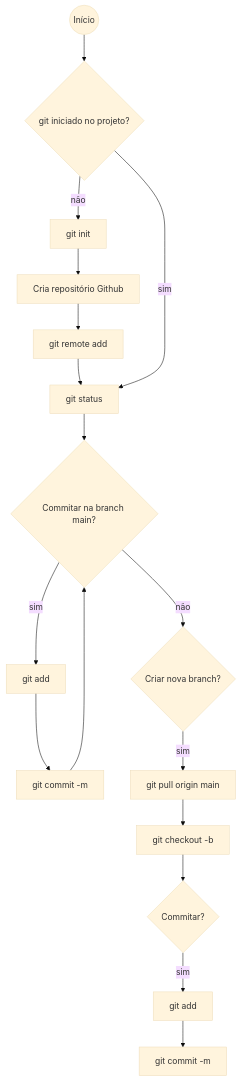
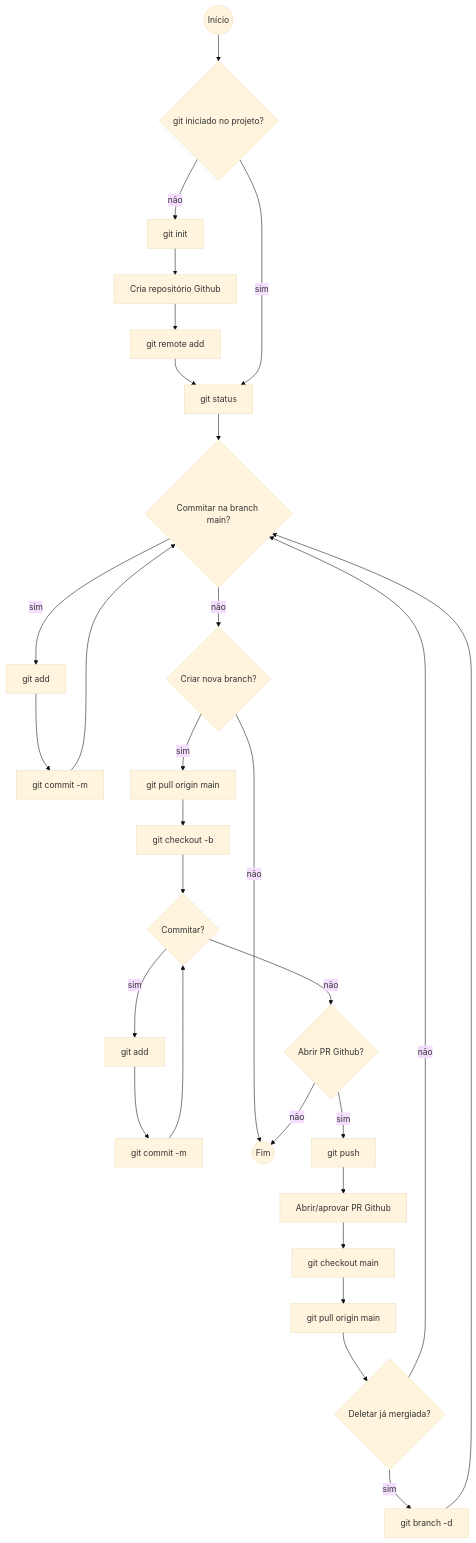
One commit to transparencia-mg/work-stefanini changed the diagram in docs/git_and_github.md. Above: the diagram before and after it, drawn with Mermaid (base theme). The commit also changed other lines of this file, not shown here.

Commit message:
Improve flow chart

````diff
--- a/docs/git_and_github.md
+++ b/docs/git_and_github.md
@@ -10,21 +10,32 @@
 ```mermaid
 graph TD;
     1((Início))-->2;
     2{git iniciado no projeto?}
     2 --> |não| 3[git init]
     3 --> 11[Cria repositório Github]
     11 --> 12[git remote add <nome_remote> <endereço_remote>]
     12 --> 4
     2 --> |sim| 4[git status]
     4 --> 5{Commitar na branch main?}
     5 --> |sim| 6[git add <file_name>]
     6 --> 7[git commit -m <commit_message_entre_aspas>]
     7 --> 5
     5 --> |não| 8{Criar nova branch?}
     8 --> |sim| 9[git pull origin main]
+    8 --> |não| 16((Fim))
     9 --> 10[git checkout -b <nova_branch_nome>]
     10 --> 13{Commitar?}
     13 --> |sim| 14[git add <file_name>]
     14 --> 15[git commit -m <commit_message_entre_aspas>]
-    
+    13 --> |não| 17{Abrir PR Github?}
+    15 --> 13
+    17 --> |sim| 18[git push <nome_remote> <nova_branch_nome>]
+    17 --> |não| 16
+    18 --> 20[Abrir/aprovar PR Github]
+    20 --> 21[git checkout main]
+    21 --> 22[git pull origin main]
+    22 --> 23{Deletar <nova_branch_nome> já mergiada?}
+    23 --> |sim| 24[git branch -d <nova_branch_nome>]
+    23 --> |não| 5
+    24 --> 5
 ```
````
